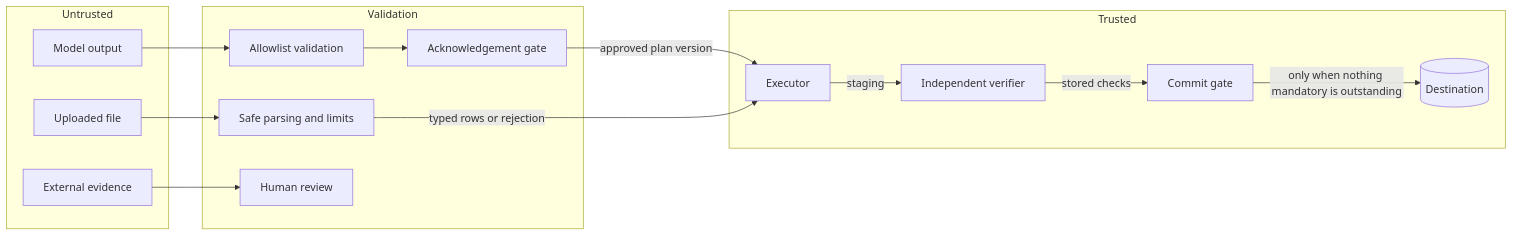
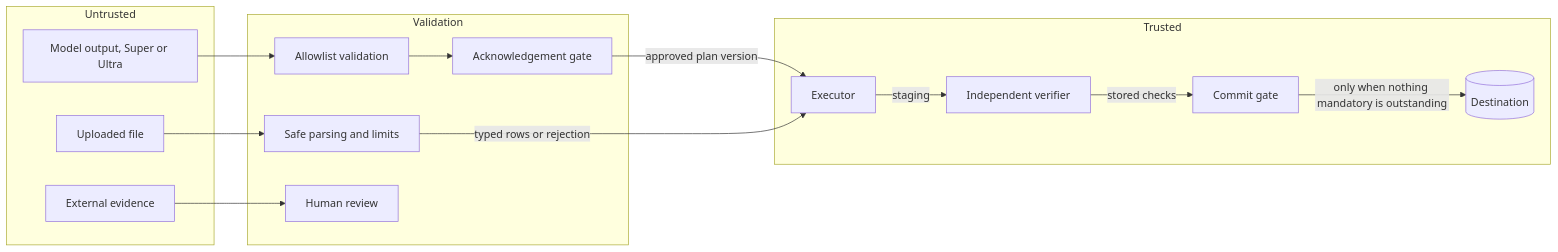
One commit to wiqilee/Moveproof changed the third of 6 diagrams in README.md. Above: the diagram before and after it, drawn with Mermaid. The commit also changed other lines of this file, not shown here.

````diff
--- a/README.md
+++ b/README.md
@@ -408,32 +572,32 @@
 ```mermaid
 flowchart LR
     subgraph Untrusted
-        M["Model output"]
+        M["Model output, Super or Ultra"]
         F["Uploaded file"]
         X["External evidence"]
     end
 
     subgraph Validation
         V["Allowlist validation"]
         A["Acknowledgement gate"]
         P["Safe parsing and limits"]
         H["Human review"]
     end
 
     subgraph Trusted
         E["Executor"]
         VER["Independent verifier"]
         G["Commit gate"]
         DBW[("Destination")]
     end
 
     M --> V
     F --> P
     X --> H
     V --> A
     A -->|approved plan version| E
     P -->|typed rows or rejection| E
     E -->|staging| VER
     VER -->|stored checks| G
     G -->|only when nothing mandatory is outstanding| DBW
 ```
````
